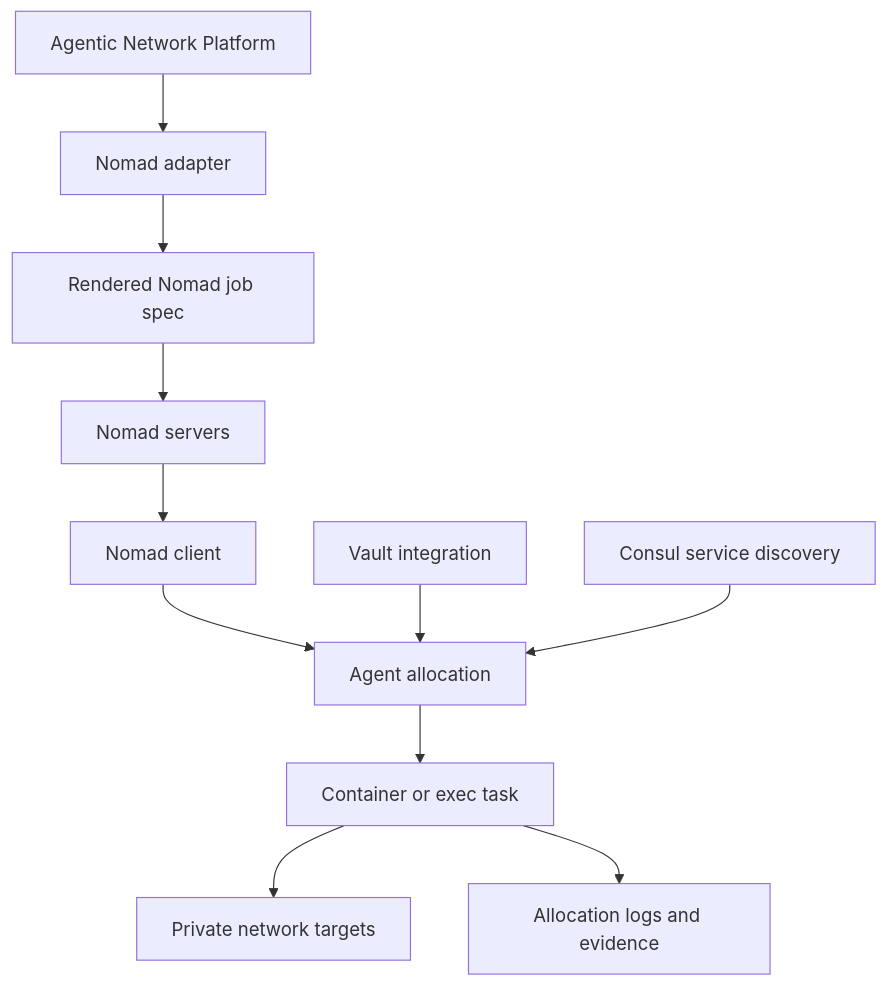
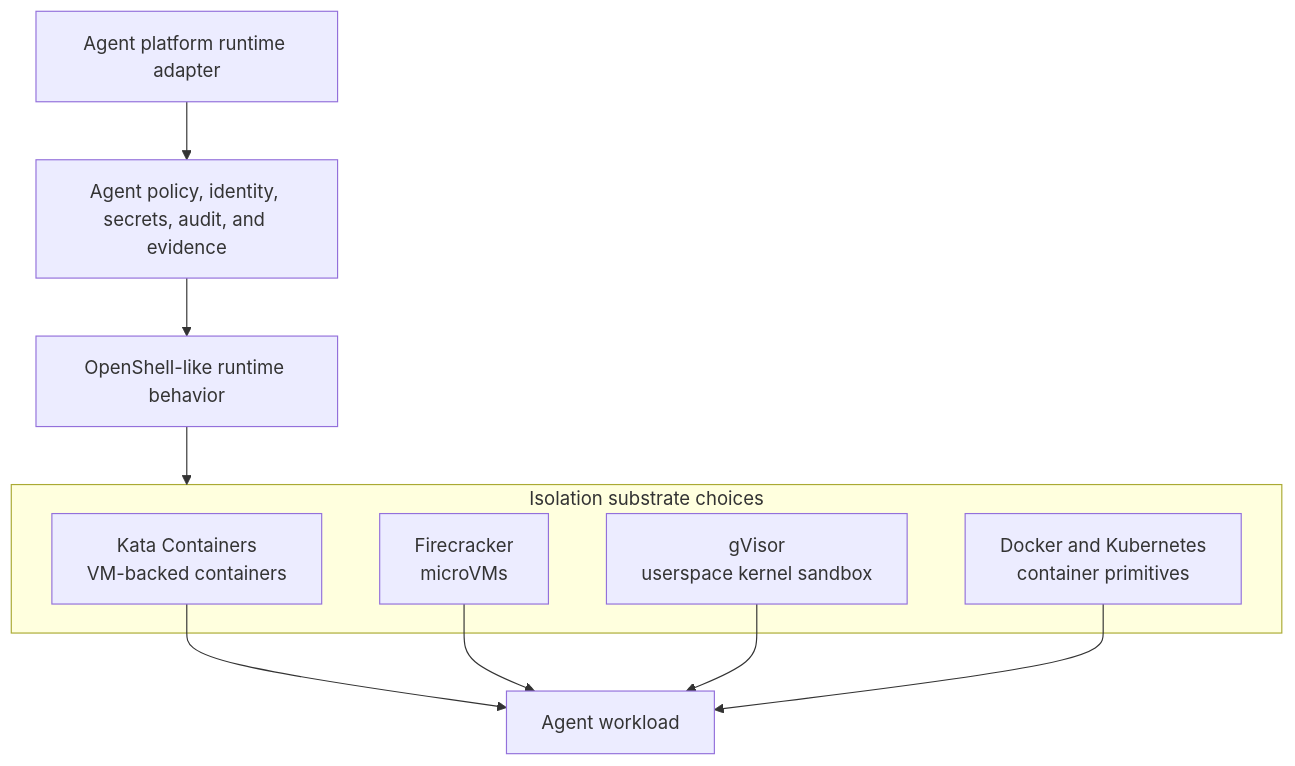
One commit to ColtMercer/the-agentic-network-platform changed the sixth of 7 diagrams in docs/architecture/runtime-execution-environment-evaluation.md. Above: the diagram before and after it, drawn with Mermaid. The commit also changed other lines of this file and 1 other file, not shown here.

Commit message:
Update runtime competitor landscape

````diff
--- a/docs/architecture/runtime-execution-environment-evaluation.md
+++ b/docs/architecture/runtime-execution-environment-evaluation.md
@@ -581,25 +370,23 @@
 ```mermaid
 flowchart TB
-    platform["Agentic Network Platform"]
-    adapter["Nomad adapter"]
-    jobspec["Rendered Nomad job spec"]
-    nomadserver["Nomad servers"]
-    client["Nomad client"]
-    allocation["Agent allocation"]
-    task["Container or exec task"]
-    vault["Vault integration"]
-    consul["Consul service discovery"]
-    network["Private network targets"]
-    logs["Allocation logs and evidence"]
+    platform["Agent platform runtime adapter"]
+    policy["Agent policy, identity, secrets, audit, and evidence"]
 
-    platform --> adapter
-    adapter --> jobspec
-    jobspec --> nomadserver
-    nomadserver --> client
-    client --> allocation
-    allocation --> task
-    vault --> allocation
-    consul --> allocation
-    task --> network
-    task --> logs
+    subgraph isolation["Isolation substrate choices"]
+        kata["Kata Containers<br/>VM-backed containers"]
+        firecracker["Firecracker<br/>microVMs"]
+        gvisor["gVisor<br/>userspace kernel sandbox"]
+        oci["Docker and Kubernetes<br/>container primitives"]
+    end
+
+    runtime["OpenShell-like runtime behavior"]
+    workload["Agent workload"]
+
+    platform --> policy
+    policy --> runtime
+    runtime --> isolation
+    kata --> workload
+    firecracker --> workload
+    gvisor --> workload
+    oci --> workload
 ```
````
